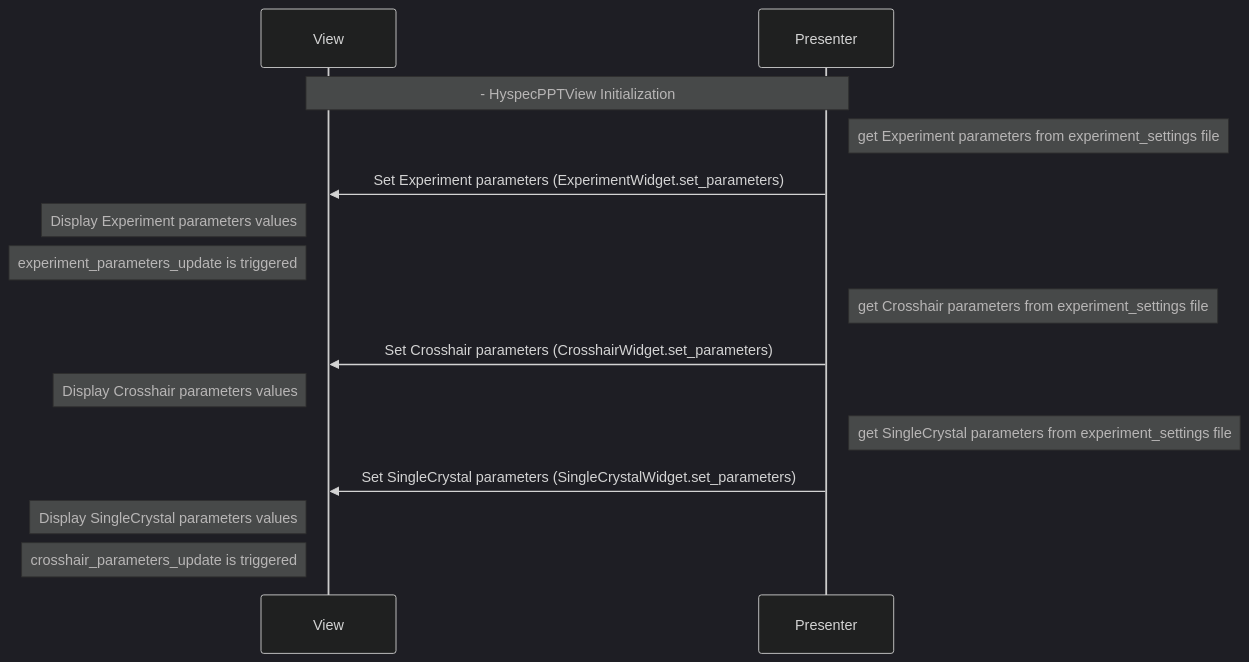
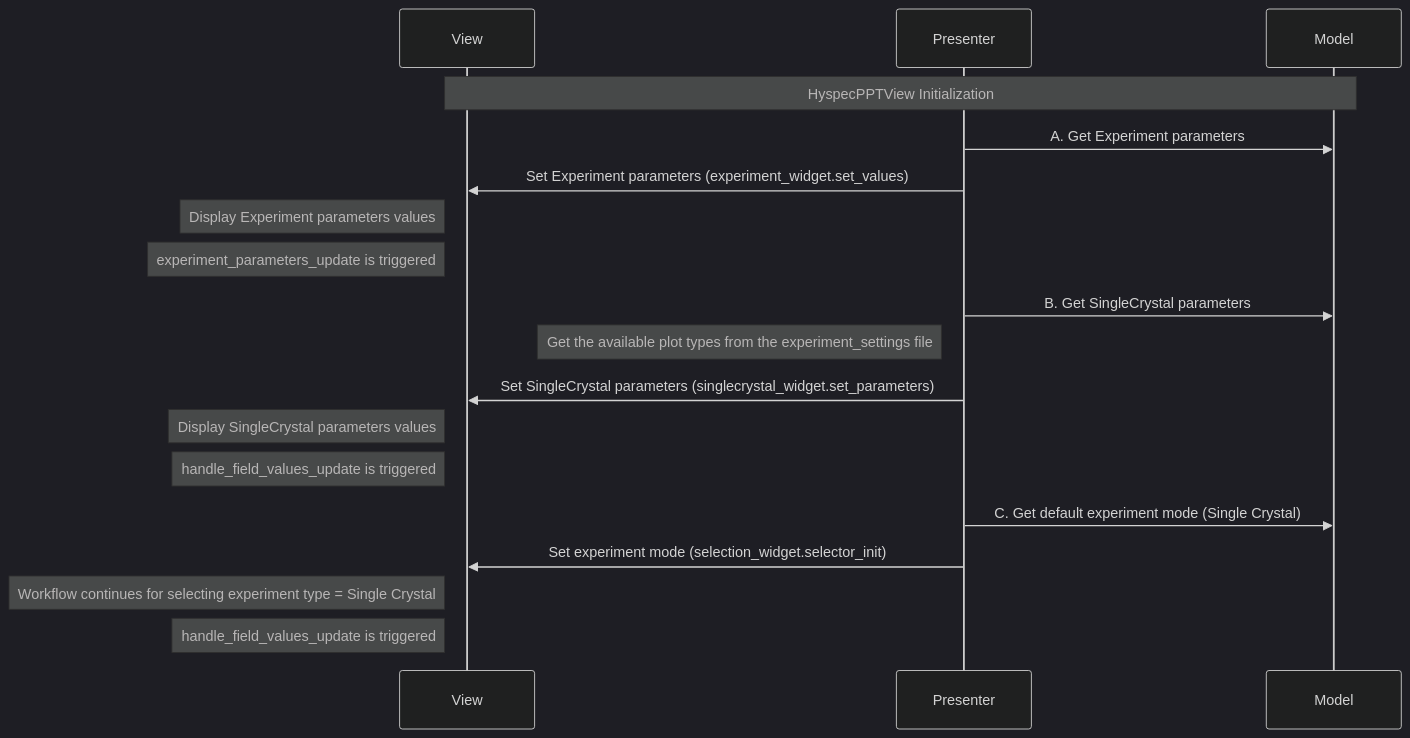
The fourth of 14 diagrams in docs/source/design/hyspecpptclasses.rst (neutrons/hyspecppt), drawn with Mermaid (dark theme) before and after one commit. The commit also changed other lines of this file and 8 other files, not shown here.

```diff
--- a/docs/source/design/hyspecpptclasses.rst
+++ b/docs/source/design/hyspecpptclasses.rst
@@ -456,18 +198,23 @@
     .. mermaid::
 
         sequenceDiagram
             participant View
             participant Presenter
+            participant Model
 
-            Note over View,Presenter:  - HyspecPPTView Initialization
-            Note right of Presenter: get Experiment parameters from experiment_settings file
-            Presenter->>View: Set Experiment parameters (ExperimentWidget.set_parameters)
+            Note over View,Model:  HyspecPPTView Initialization
+            Presenter->>Model: A. Get Experiment parameters
+            Presenter->>View: Set Experiment parameters (experiment_widget.set_values)
             Note left of View: Display Experiment parameters values
             Note left of View: experiment_parameters_update is triggered
-            Note right of Presenter: get Crosshair parameters from experiment_settings file
-            Presenter->>View: Set Crosshair parameters (CrosshairWidget.set_parameters)
-            Note left of View: Display Crosshair parameters values
-            Note right of Presenter: get SingleCrystal parameters from experiment_settings file
-            Presenter->>View: Set SingleCrystal parameters (SingleCrystalWidget.set_parameters)
+
+            Presenter->>Model: B. Get SingleCrystal parameters
+            Note left of Presenter: Get the available plot types from the experiment_settings file
+            Presenter->>View: Set SingleCrystal parameters (singlecrystal_widget.set_parameters)
             Note left of View: Display SingleCrystal parameters values
-            Note left of View: crosshair_parameters_update is triggered
+            Note left of View: handle_field_values_update is triggered
+
+            Presenter->>Model: C. Get default experiment mode (Single Crystal)
+            Presenter->>View: Set experiment mode (selection_widget.selector_init)
+            Note left of View: Workflow continues for selecting experiment type = Single Crystal
+            Note left of View: handle_field_values_update is triggered
```
